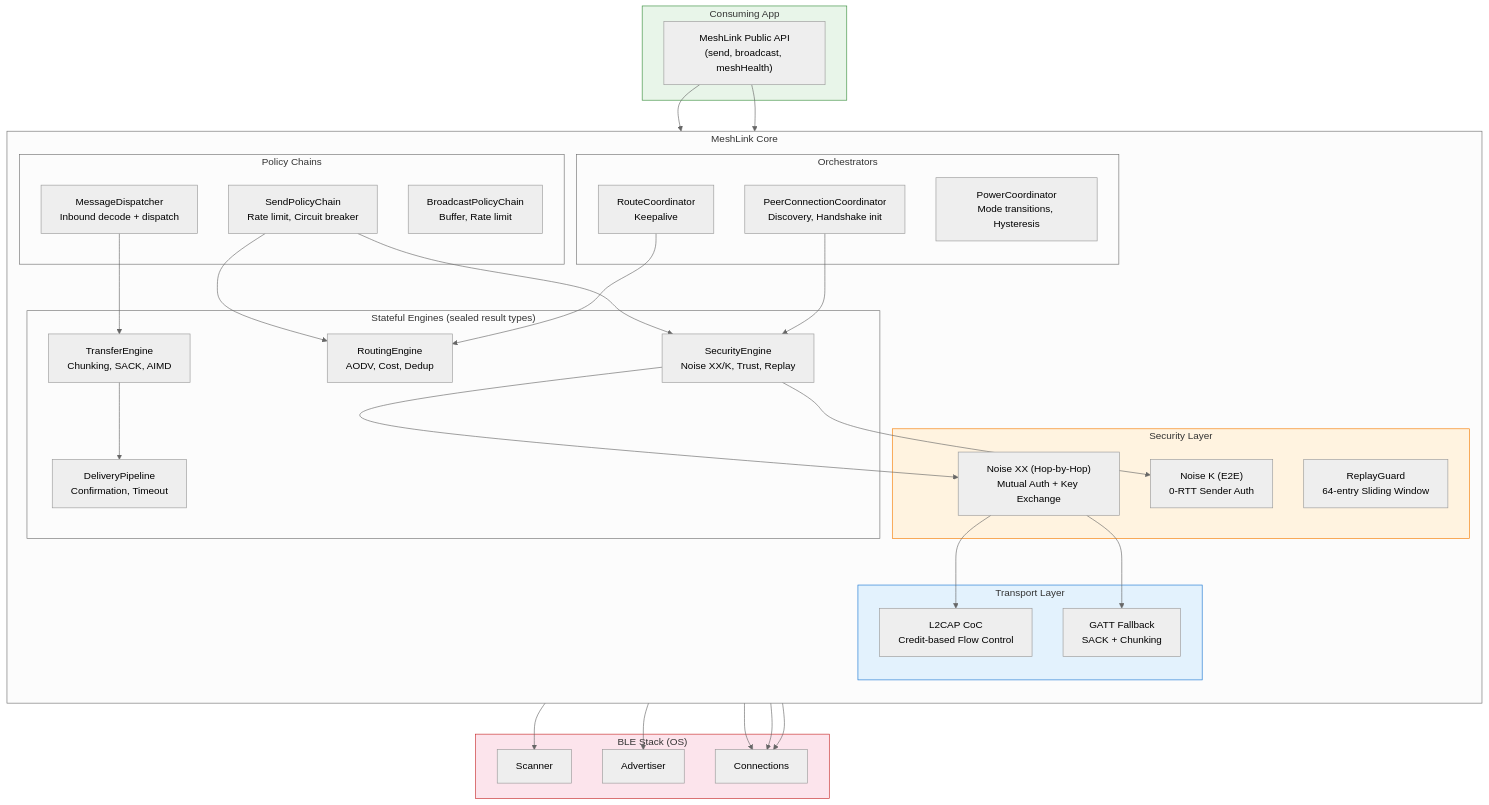
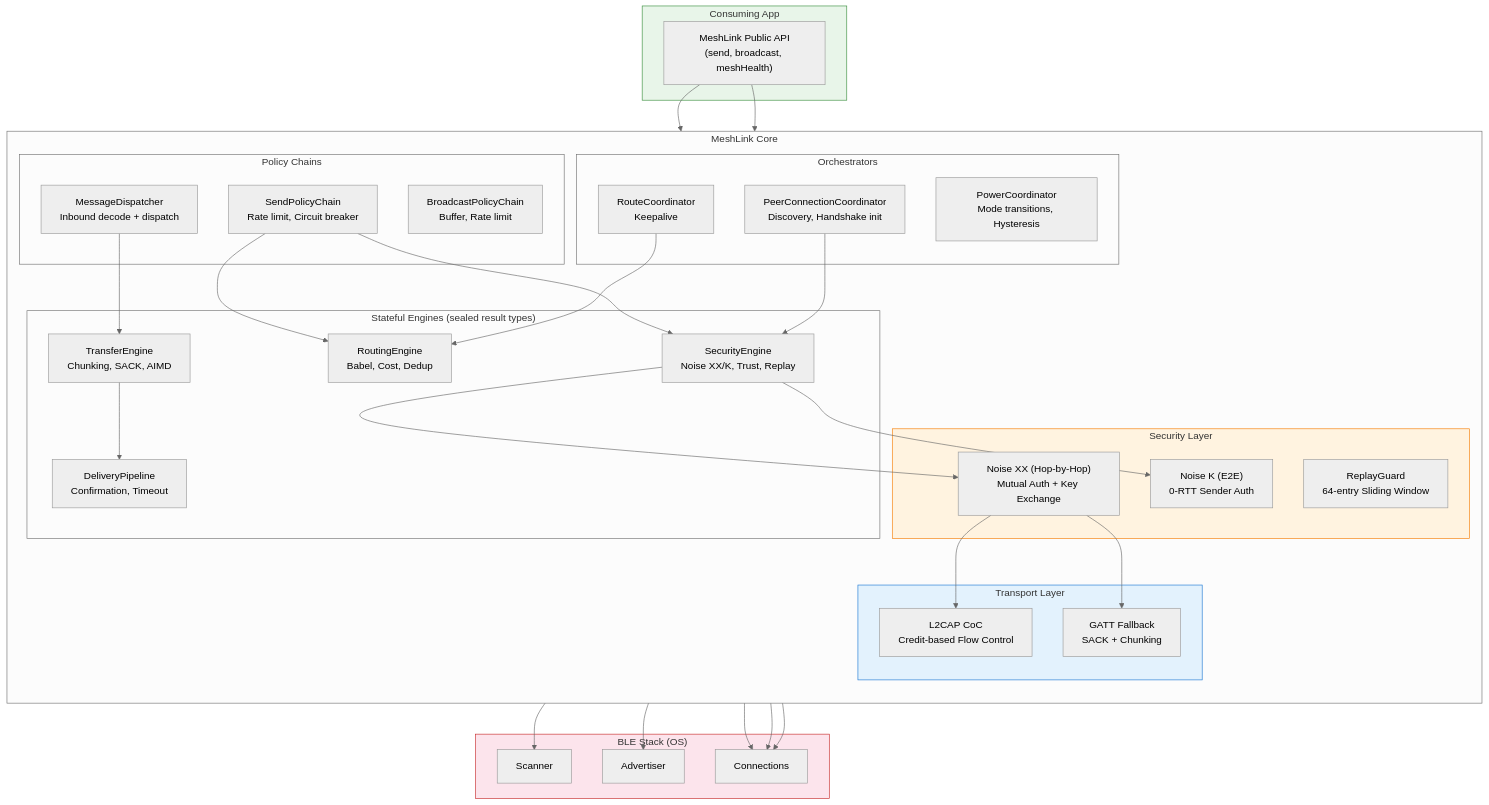
One commit to trancee/MeshLink changed the sixth of 14 diagrams in docs/diagrams.md. Above: the diagram before and after it, drawn with Mermaid (neutral theme). The commit also changed other lines of this file and 5 other files, not shown here.

Commit message:
feat: Update documentation to reflect Babel protocol changes in routing and message formats

````diff
--- a/docs/diagrams.md
+++ b/docs/diagrams.md
@@ -155,65 +155,65 @@
 ```mermaid
 flowchart TB
     subgraph App["Consuming App"]
         API["MeshLink Public API<br/>(send, broadcast, meshHealth)"]
     end
 
     subgraph Core["MeshLink Core"]
         direction TB
 
         subgraph Engines["Stateful Engines (sealed result types)"]
             SE["SecurityEngine<br/>Noise XX/K, Trust, Replay"]
-            RE["RoutingEngine<br/>AODV, Cost, Dedup"]
+            RE["RoutingEngine<br/>Babel, Cost, Dedup"]
             TE["TransferEngine<br/>Chunking, SACK, AIMD"]
             DP["DeliveryPipeline<br/>Confirmation, Timeout"]
         end
 
         subgraph Coordinators["Orchestrators"]
             PC["PowerCoordinator<br/>Mode transitions, Hysteresis"]
             GC["RouteCoordinator<br/>Keepalive"]
             PCC["PeerConnectionCoordinator<br/>Discovery, Handshake init"]
         end
 
         subgraph Policies["Policy Chains"]
             SPC["SendPolicyChain<br/>Rate limit, Circuit breaker"]
             BPC["BroadcastPolicyChain<br/>Buffer, Rate limit"]
             MD["MessageDispatcher<br/>Inbound decode + dispatch"]
         end
 
         subgraph Security["Security Layer"]
             NK["Noise K (E2E)<br/>0-RTT Sender Auth"]
             NXX["Noise XX (Hop-by-Hop)<br/>Mutual Auth + Key Exchange"]
             RC["ReplayGuard<br/>64-entry Sliding Window"]
         end
 
         subgraph Transport["Transport Layer"]
             L2CAP["L2CAP CoC<br/>Credit-based Flow Control"]
             GATT["GATT Fallback<br/>SACK + Chunking"]
         end
     end
 
     subgraph BLE["BLE Stack (OS)"]
         SCAN["Scanner"]
         ADV["Advertiser"]
         CONN["Connections"]
     end
 
     API --> SPC & BPC
     SPC --> SE
     SPC --> RE
     SE --> NXX & NK
     TE --> DP
     MD --> TE
     GC --> RE
     PCC --> SE
 
     NXX --> L2CAP & GATT
     L2CAP & GATT --> CONN
     PC --> SCAN & ADV
     PCC --> CONN
 
     style App fill:#e8f5e9,stroke:#388e3c
     style Security fill:#fff3e0,stroke:#f57c00
     style Transport fill:#e3f2fd,stroke:#1976d2
     style BLE fill:#fce4ec,stroke:#c62828
 ```
````
